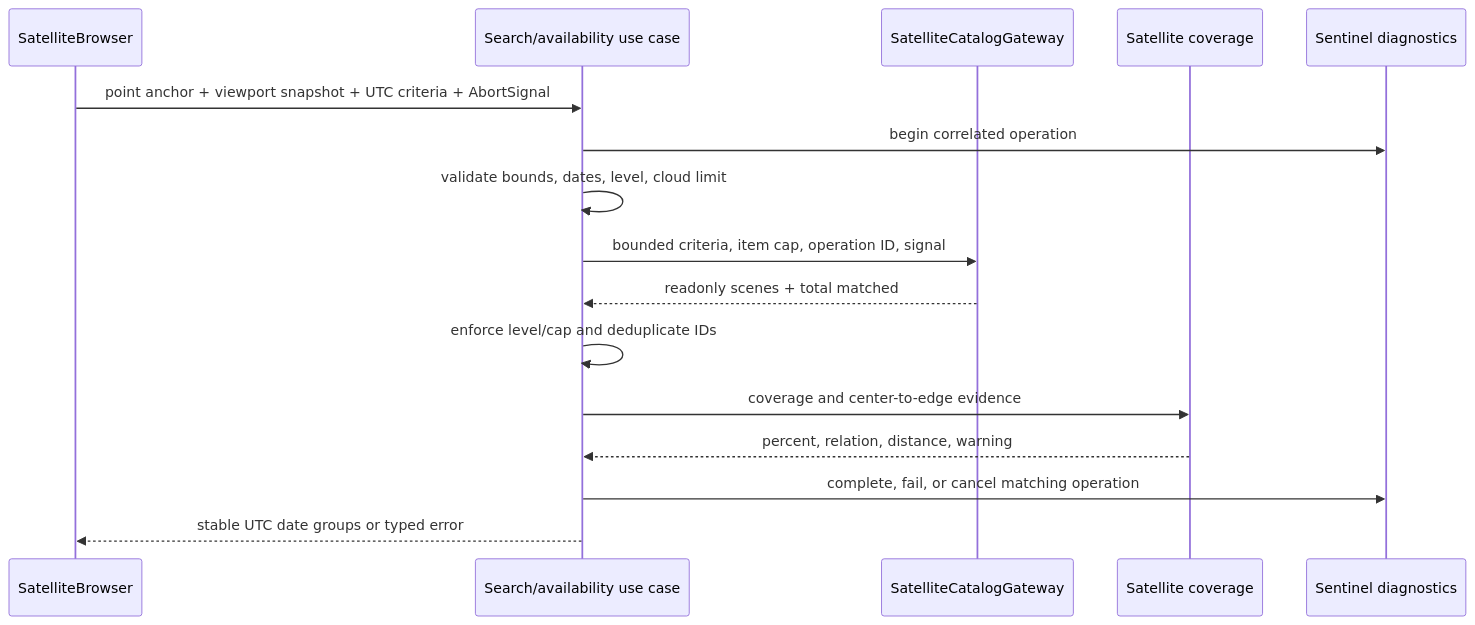
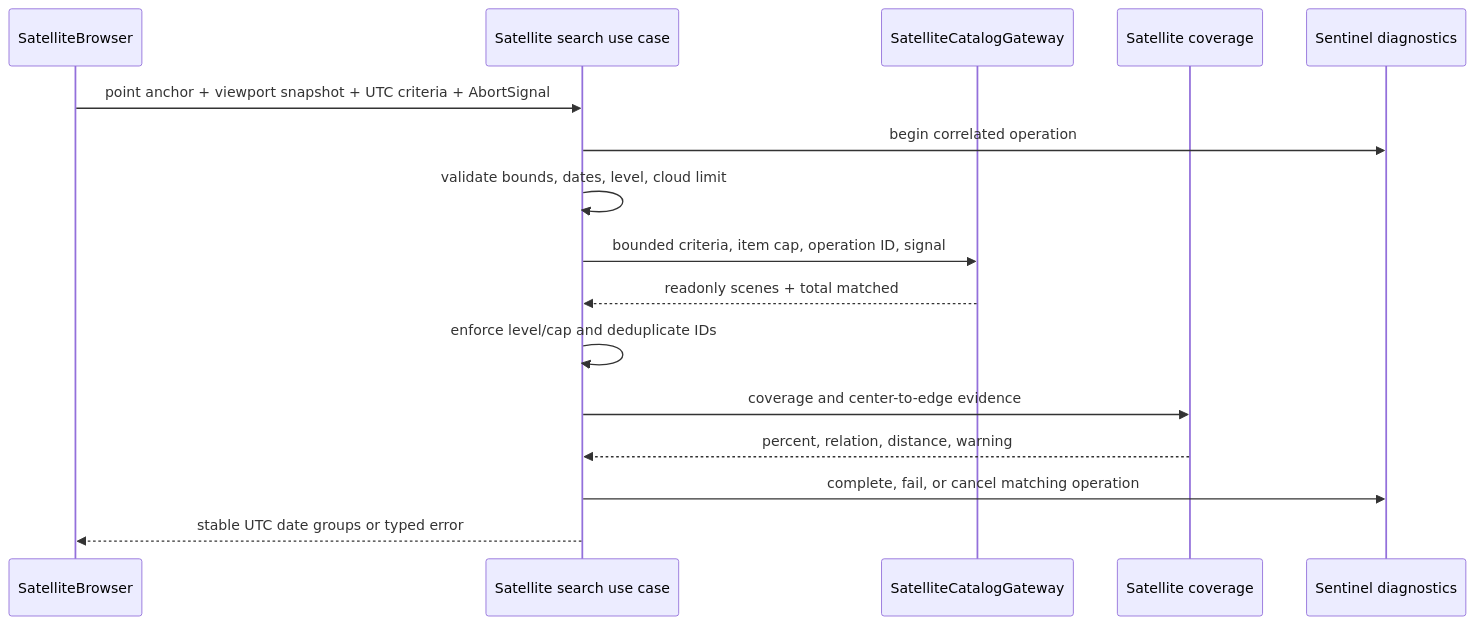
Before and after one commit to bogdandm/georgia-routing-planner: the fourth of 5 diagrams in docs/runtime-flows.md, drawn with Mermaid. The commit also changed 8 other files, not shown here.

Commit message:
refactor(satellite): remove unused availability orchestration

````diff
--- a/docs/runtime-flows.md
+++ b/docs/runtime-flows.md
@@ -334,19 +334,19 @@
 ```mermaid
 sequenceDiagram
   participant Command as SatelliteBrowser
-  participant UseCase as Search/availability use case
+  participant UseCase as Satellite search use case
   participant Gateway as SatelliteCatalogGateway
   participant Geometry as Satellite coverage
   participant Timeline as Sentinel diagnostics
 
   Command->>UseCase: point anchor + viewport snapshot + UTC criteria + AbortSignal
   UseCase->>Timeline: begin correlated operation
   UseCase->>UseCase: validate bounds, dates, level, cloud limit
   UseCase->>Gateway: bounded criteria, item cap, operation ID, signal
   Gateway-->>UseCase: readonly scenes + total matched
   UseCase->>UseCase: enforce level/cap and deduplicate IDs
   UseCase->>Geometry: coverage and center-to-edge evidence
   Geometry-->>UseCase: percent, relation, distance, warning
   UseCase->>Timeline: complete, fail, or cancel matching operation
   UseCase-->>Command: stable UTC date groups or typed error
 ```
````
